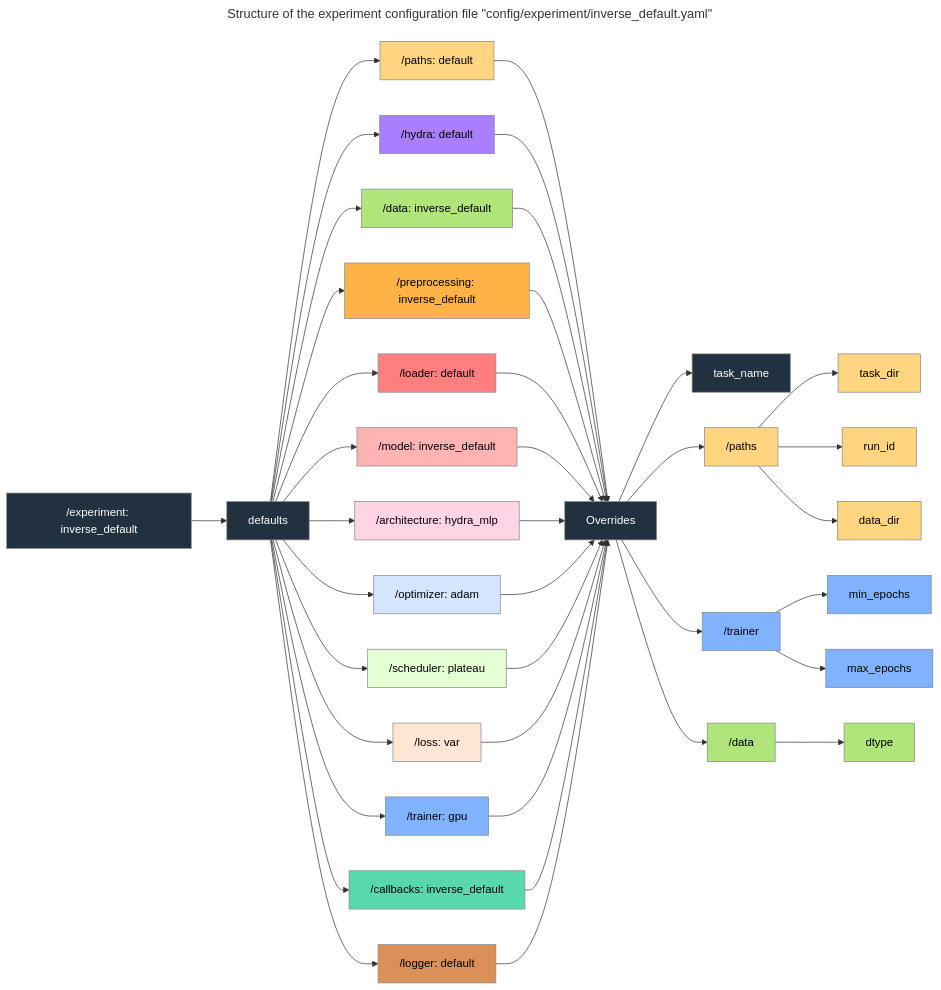
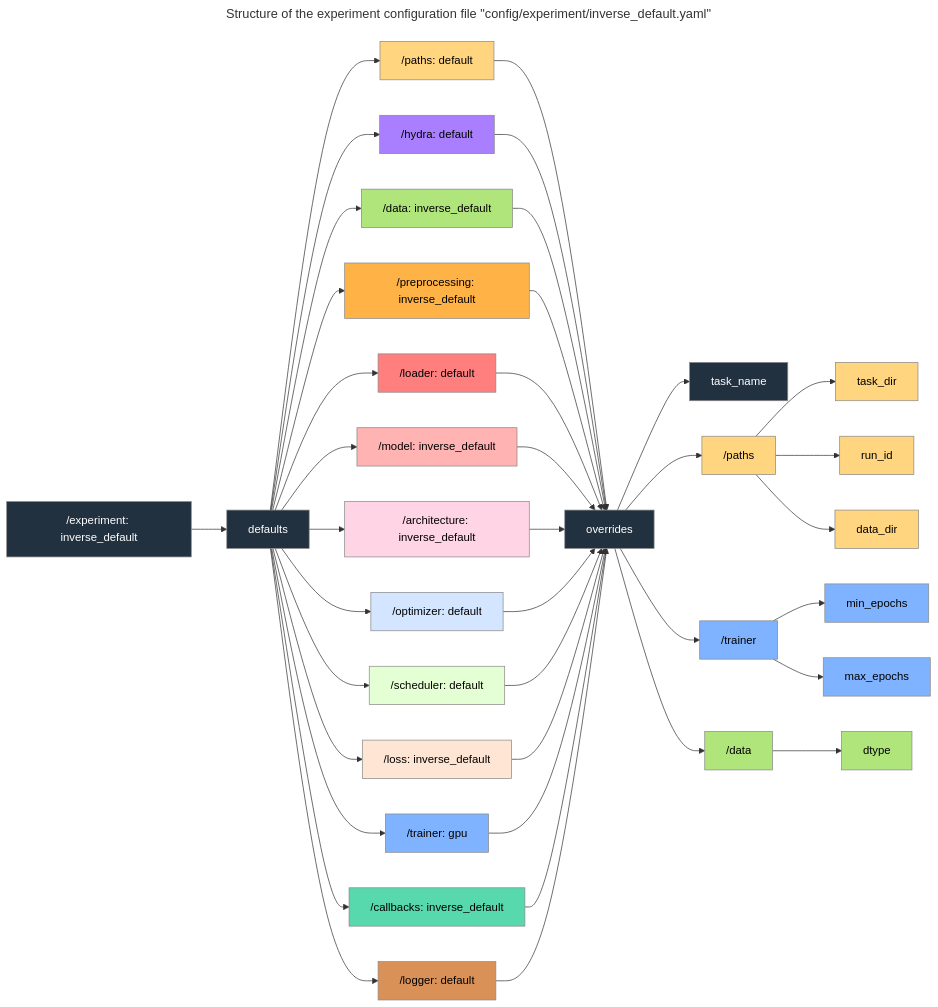
Before and after one commit to tremblaybenoit/RACCOONN: the first of 2 diagrams in README.md, drawn with Mermaid. The commit also changed other lines of this file and 1 other file, not shown here.

````diff
--- a/README.md
+++ b/README.md
@@ -56,82 +56,82 @@
 ```mermaid
 ---
 title: Structure of the experiment configuration file "config/experiment/inverse_default.yaml"
 ---
 flowchart LR
   A["/experiment: inverse_default"]
   A --> B["defaults"]
   B --> B1["/paths: default"]
   B --> B2["/hydra: default"]
   B --> B3["/data: inverse_default"]
   B --> B4["/preprocessing: inverse_default"]
   B --> B5["/loader: default"]
   B --> B6["/model: inverse_default"]
-  B --> B7["/architecture: hydra_mlp"]
-  B --> B8["/optimizer: adam"]
-  B --> B9["/scheduler: plateau"]
-  B --> B10["/loss: var"]
+  B --> B7["/architecture: inverse_default"]
+  B --> B8["/optimizer: default"]
+  B --> B9["/scheduler: default"]
+  B --> B10["/loss: inverse_default"]
   B --> B11["/trainer: gpu"]
   B --> B12["/callbacks: inverse_default"]
   B --> B13["/logger: default"]
 
   %% Each override points to the final overrides section
   B1 --> C
   B2 --> C
   B3 --> C
   B4 --> C
   B5 --> C
   B6 --> C
   B7 --> C
   B8 --> C
   B9 --> C
   B10 --> C
   B11 --> C
   B12 --> C
   B13 --> C
 
-  C["Overrides"]
+  C["overrides"]
   C --> C1["task_name"]
   C --> C2["/paths"]
   C2 --> C21["task_dir"]
   C2 --> C22["run_id"]
   C2 --> C23["data_dir"]
   C --> C3["/trainer"]
   C3 --> C31["min_epochs"]
   C3 --> C32["max_epochs"]
   C --> C4["/data"]
   C4 --> C41["dtype"]
 
   %% Color per config category
   classDef experiment fill:#22313F,stroke:#888,stroke-width:1px,color:#fff;
   classDef final_overrides fill:#22313F,stroke:#888,stroke-width:1px,color:#fff;
   classDef paths fill:#FFD580,stroke:#888,stroke-width:1px,color:#000;
   classDef hydra fill:#A97FFF,stroke:#888,stroke-width:1px,color:#000;
   classDef data fill:#B0E57C,stroke:#888,stroke-width:1px,color:#000;
   classDef preprocessing fill:#FFB347,stroke:#888,stroke-width:1px,color:#000;
   classDef loader fill:#FF7F7F,stroke:#888,stroke-width:1px,color:#000;
   classDef model fill:#FFB3B3,stroke:#888,stroke-width:1px,color:#000;
   classDef architecture fill:#FFD4E5,stroke:#888,stroke-width:1px,color:#000;
   classDef optimizer fill:#D4E5FF,stroke:#888,stroke-width:1px,color:#000;
   classDef scheduler fill:#E5FFD4,stroke:#888,stroke-width:1px,color:#000;
   classDef loss fill:#FFE5D4,stroke:#888,stroke-width:1px,color:#000;
   classDef trainer fill:#80B3FF,stroke:#888,stroke-width:1px,color:#000;
   classDef callbacks fill:#57D9AD,stroke:#888,stroke-width:1px,color:#000;
   classDef logger fill:#D99157,stroke:#888,stroke-width:1px,color:#000;
 
   %% Assign colors to boxes
   class A,B,C1 experiment;
   class C final_overrides;
   class B1,C2,C21,C22,C23 paths;
   class B2 hydra;
   class B3,C4,C41 data;
   class B4 preprocessing;
   class B5 loader;
   class B6 model;
   class B7 architecture;
   class B8 optimizer;
   class B9 scheduler;
   class B10 loss;
   class B11,C3,C31,C32 trainer;
   class B12 callbacks;
   class B13 logger;
 ```
````
